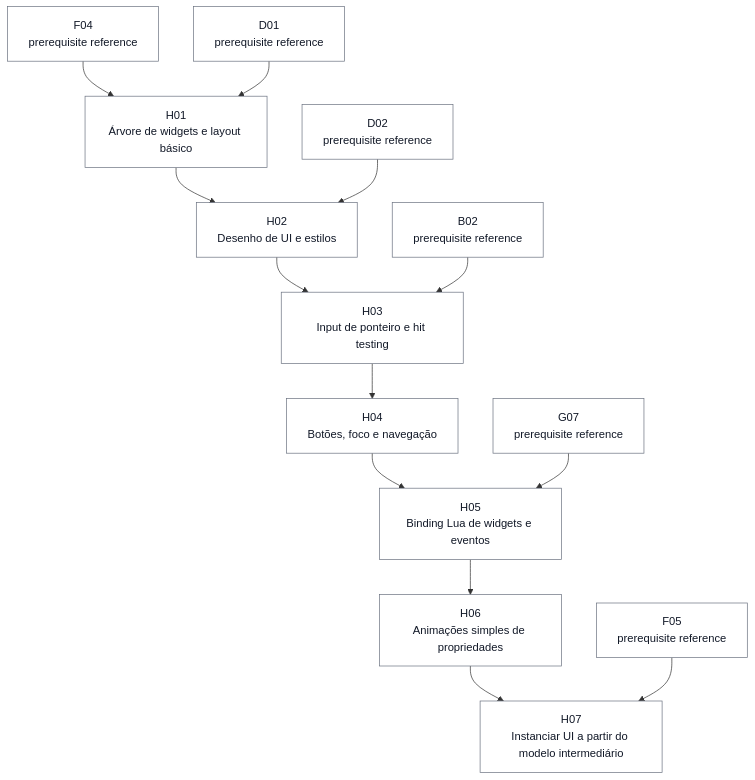
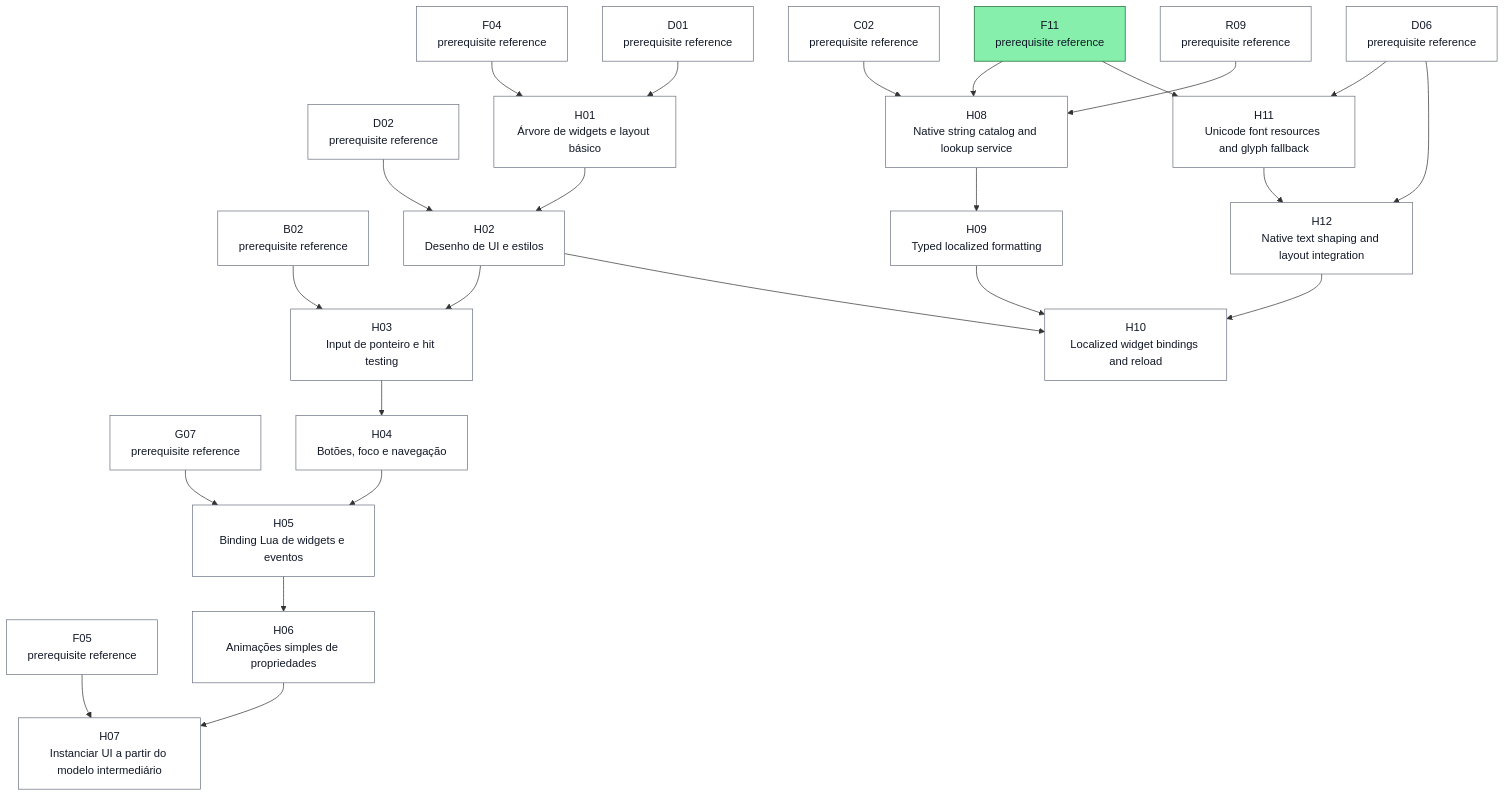
One commit to ocarizr/spaceraiders changed the ninth of 27 diagrams in docs/task-dependencies.md. Above: the diagram before and after it, drawn with Mermaid. The commit also changed other lines of this file and 9 other files, not shown here.

````diff
--- a/docs/task-dependencies.md
+++ b/docs/task-dependencies.md
@@ -406,31 +441,51 @@
 ```mermaid
 flowchart TD
     ref_H_B02["B02<br/>prerequisite reference"]:::pending
+    ref_H_C02["C02<br/>prerequisite reference"]:::pending
     ref_H_D01["D01<br/>prerequisite reference"]:::pending
     ref_H_D02["D02<br/>prerequisite reference"]:::pending
+    ref_H_D06["D06<br/>prerequisite reference"]:::pending
     ref_H_F04["F04<br/>prerequisite reference"]:::pending
     ref_H_F05["F05<br/>prerequisite reference"]:::pending
+    ref_H_F11["F11<br/>prerequisite reference"]:::ready
     ref_H_G07["G07<br/>prerequisite reference"]:::pending
+    ref_H_R09["R09<br/>prerequisite reference"]:::pending
     H01["H01<br/>Árvore de widgets e layout básico"]:::pending
     H02["H02<br/>Desenho de UI e estilos"]:::pending
     H03["H03<br/>Input de ponteiro e hit testing"]:::pending
     H04["H04<br/>Botões, foco e navegação"]:::pending
     H05["H05<br/>Binding Lua de widgets e eventos"]:::pending
     H06["H06<br/>Animações simples de propriedades"]:::pending
     H07["H07<br/>Instanciar UI a partir do modelo intermediário"]:::pending
+    H08["H08<br/>Native string catalog and lookup service"]:::pending
+    H09["H09<br/>Typed localized formatting"]:::pending
+    H10["H10<br/>Localized widget bindings and reload"]:::pending
+    H11["H11<br/>Unicode font resources and glyph fallback"]:::pending
+    H12["H12<br/>Native text shaping and layout integration"]:::pending
     ref_H_F04 --> H01
     ref_H_D01 --> H01
     H01 --> H02
     ref_H_D02 --> H02
     H02 --> H03
     ref_H_B02 --> H03
     H03 --> H04
     H04 --> H05
     ref_H_G07 --> H05
     H05 --> H06
     H06 --> H07
     ref_H_F05 --> H07
+    ref_H_F11 --> H08
+    ref_H_C02 --> H08
+    ref_H_R09 --> H08
+    H08 --> H09
+    H09 --> H10
+    H12 --> H10
+    H02 --> H10
+    ref_H_F11 --> H11
+    ref_H_D06 --> H11
+    H11 --> H12
+    ref_H_D06 --> H12
     classDef pending fill:#ffffff,stroke:#6b7280,color:#111827
     classDef ready fill:#86efac,stroke:#166534,color:#111827
     classDef done fill:#f87171,stroke:#991b1b,color:#111827
 ```
````
